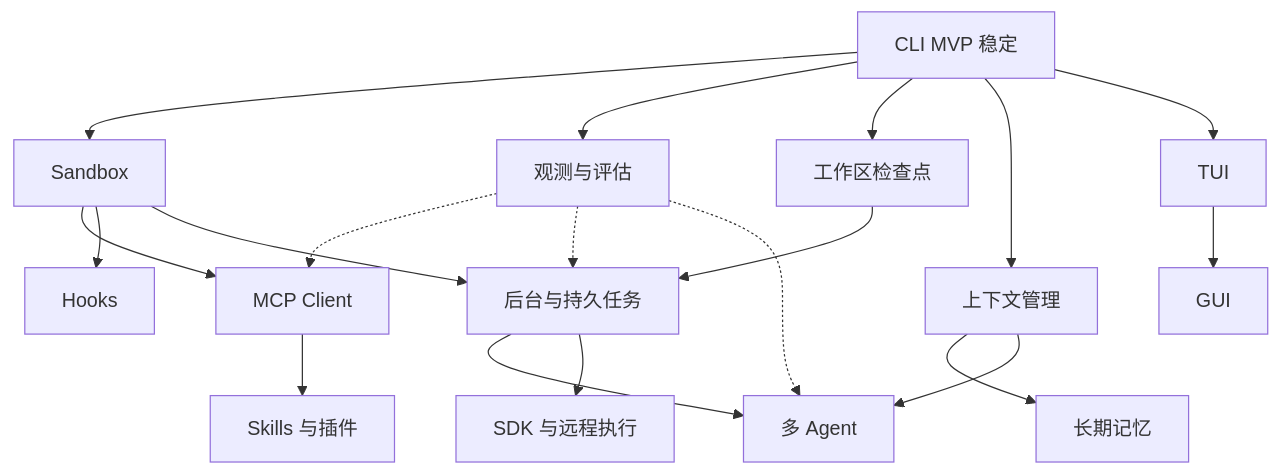
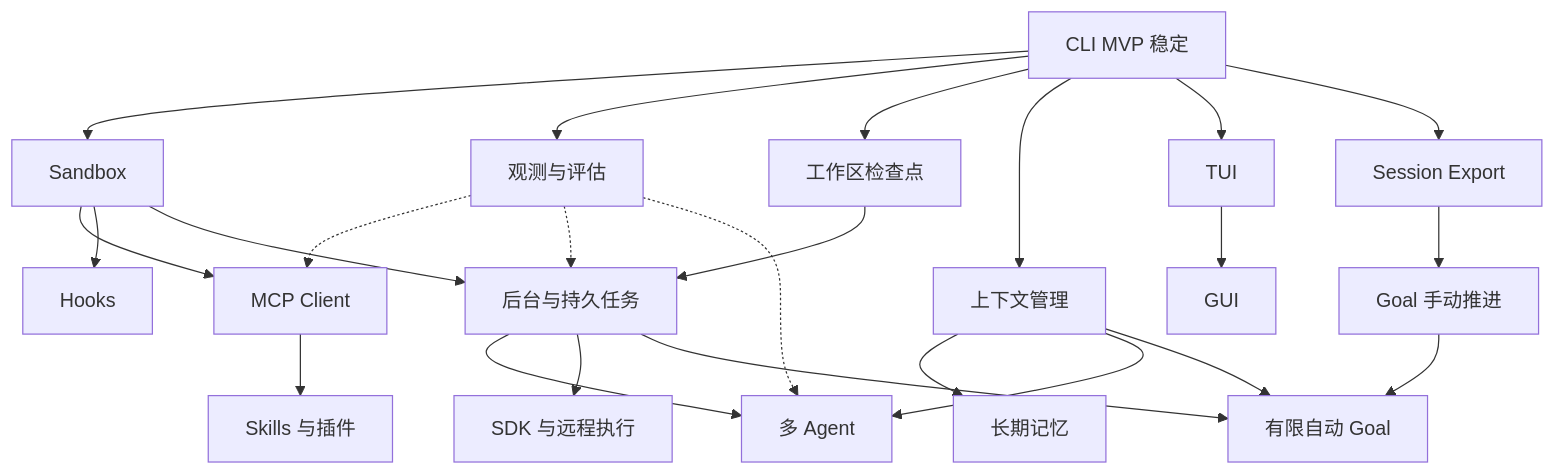
One commit to Ariakage/saya-harness changed the diagram in docs/capability-roadmap.md. Above: the diagram before and after it, drawn with Mermaid. The commit also changed other lines of this file and 16 other files, not shown here.

First line of the commit message:
docs(roadmap): 规划 TUI、日志、会话导出与 Goal 开发阶段

````diff
--- a/docs/capability-roadmap.md
+++ b/docs/capability-roadmap.md
@@ -23,21 +24,26 @@
 ```mermaid
 flowchart TD
     M[CLI MVP 稳定] --> S[Sandbox]
     M --> O[观测与评估]
     S --> C[MCP Client]
     C --> P[Skills 与插件]
     S --> H[Hooks]
     M --> W[工作区检查点]
     M --> X[上下文管理]
     X --> K[长期记忆]
     S --> J[后台与持久任务]
     W --> J
     J --> A[多 Agent]
     X --> A
     J --> R[SDK 与远程执行]
     M --> T[TUI]
     T --> G[GUI]
+    M --> E[Session Export]
+    E --> GM[Goal 手动推进]
+    GM --> GA[有限自动 Goal]
+    X --> GA
+    J --> GA
     O -.-> C
     O -.-> J
     O -.-> A
 ```
````
